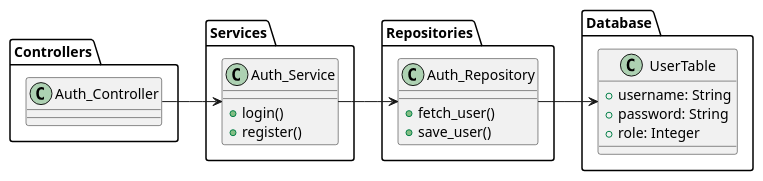
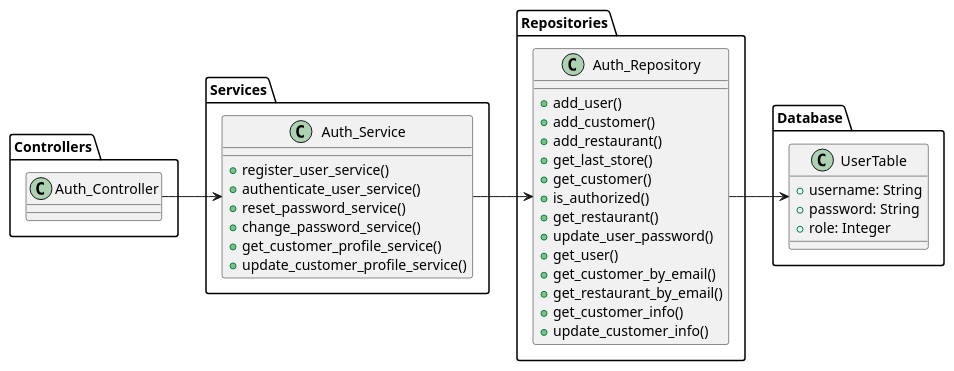
Before and after one commit to kevin0629/NCU_Campus_Eats_Demo: the diagram in diagram/auth_class_diagram.puml, drawn with PlantUML. The commit also changed 17 other files, not shown here.

```diff
--- a/diagram/auth_class_diagram.puml
+++ b/diagram/auth_class_diagram.puml
@@ -2,34 +2,50 @@
 @startuml Auth_Module
 left to right direction
 
 package "Controllers" {
     class Auth_Controller
 }
 
 package "Services" {
     class Auth_Service {
-        +login()
-        +register()
+        +register_user_service()
+        +authenticate_user_service()
+        +reset_password_service()
+        +change_password_service()
+        +get_customer_profile_service()
+        +update_customer_profile_service()
     }
 }
 
 package "Repositories" {
     class Auth_Repository {
-        +fetch_user()
-        +save_user()
+        +add_user()
+        +add_customer()
+        +add_restaurant()
+        +get_last_store()
+        +get_customer()
+        +is_authorized()
+        +get_restaurant()
+        +update_user_password()
+        +get_user()
+        +get_customer_by_email()
+        +get_restaurant_by_email()
+        +get_customer_info()
+        +update_customer_info()
+        
     }
 }
 
 package "Database" {
     class UserTable {
         +username: String
         +password: String
         +role: Integer
     }
 }
 
 Auth_Controller --> Auth_Service
 Auth_Service --> Auth_Repository
 Auth_Repository --> UserTable
 
 @enduml
```
